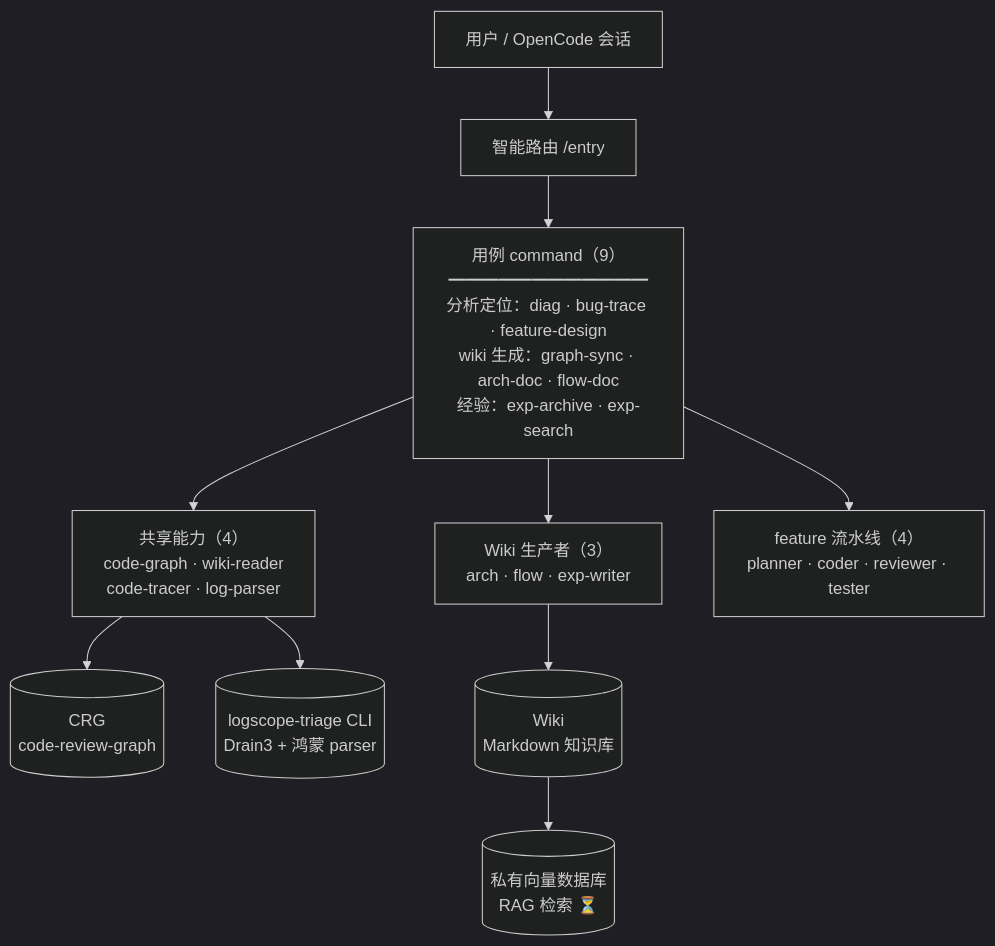
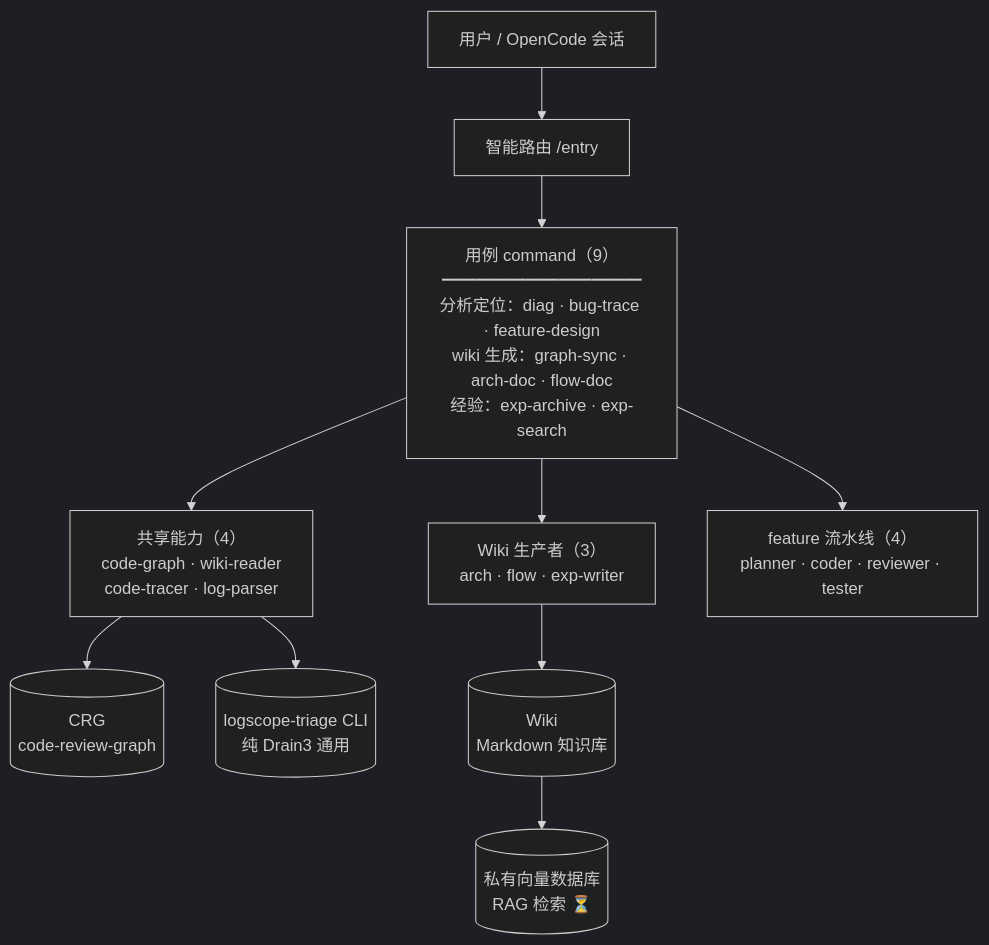
Before and after one commit to astronautJack/HiAgent: the diagram in README.md, drawn with Mermaid (dark theme). The commit also changed other lines of this file and 8 other files, not shown here.

Commit message:
删鸿蒙 parser 同步：log-parser/code-tracer/flow-writer/exp-writer agent + diag command + README + 方案/完成情况 + pyproject 全量去鸿蒙引用，改通用 Drain3 字段

````diff
--- a/README.md
+++ b/README.md
@@ -5,12 +5,12 @@
 ```mermaid
 flowchart TB
     Sess["用户 / OpenCode 会话"] --> Entry["智能路由 /entry"]
     Entry --> WFs["用例 command（9）<br/>━━━━━━━━━━━━<br/>分析定位：diag · bug-trace · feature-design<br/>wiki 生成：graph-sync · arch-doc · flow-doc<br/>经验：exp-archive · exp-search"]
     WFs --> Shared["共享能力（4）<br/>code-graph · wiki-reader<br/>code-tracer · log-parser"]
     WFs --> Producers["Wiki 生产者（3）<br/>arch · flow · exp-writer"]
     WFs --> Pipeline["feature 流水线（4）<br/>planner · coder · reviewer · tester"]
     Shared --> CRG[("CRG<br/>code-review-graph")]
-    Shared --> CLI[("logscope-triage CLI<br/>Drain3 + 鸿蒙 parser")]
+    Shared --> CLI[("logscope-triage CLI<br/>纯 Drain3 通用")]
     Producers --> Wiki[("Wiki<br/>Markdown 知识库")]
     Wiki --> ATH[("私有向量数据库<br/>RAG 检索 ⏳")]
 ```
````
